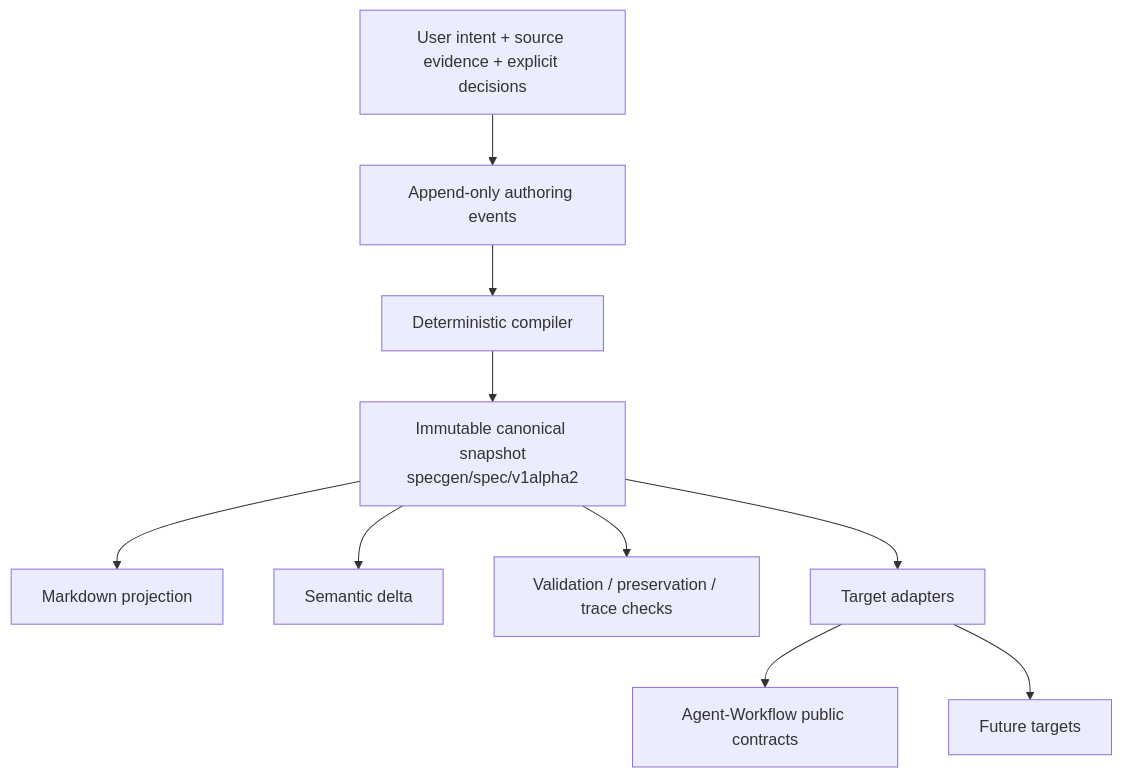
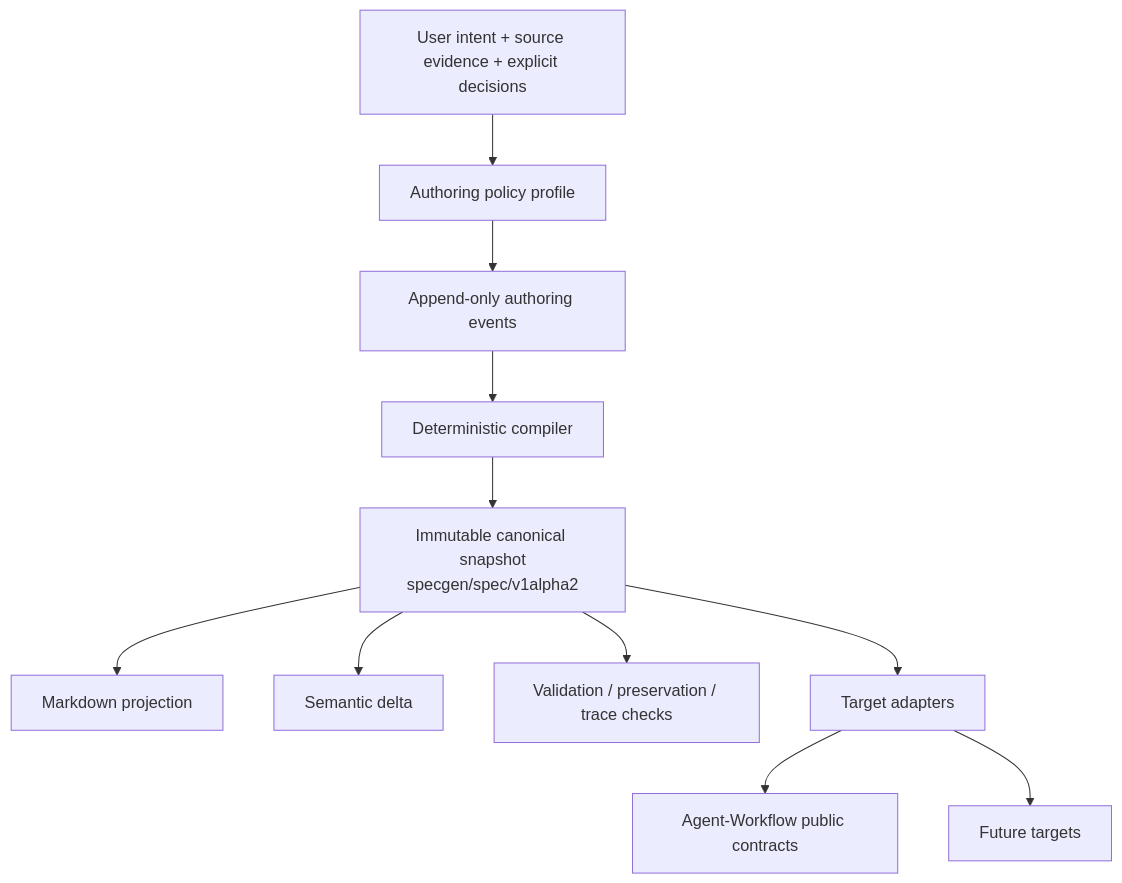
Before and after one commit to ngallodev-software/specgen-aw: the first of 2 diagrams in docs/ARCHITECTURE.md, drawn with Mermaid. The commit also changed other lines of this file and 34 other files, not shown here.

````diff
--- a/docs/ARCHITECTURE.md
+++ b/docs/ARCHITECTURE.md
@@ -9,13 +9,14 @@
 ```mermaid
 flowchart TD
-    I[User intent + source evidence + explicit decisions] --> E[Append-only authoring events]
+    I[User intent + source evidence + explicit decisions] --> P[Authoring policy profile]
+    P --> E[Append-only authoring events]
     E --> C[Deterministic compiler]
     C --> S[Immutable canonical snapshot
 specgen/spec/v1alpha2]
     S --> M[Markdown projection]
     S --> D[Semantic delta]
     S --> V[Validation / preservation / trace checks]
     S --> T[Target adapters]
     T --> AW[Agent-Workflow public contracts]
     T --> FT[Future targets]
 ```
````
